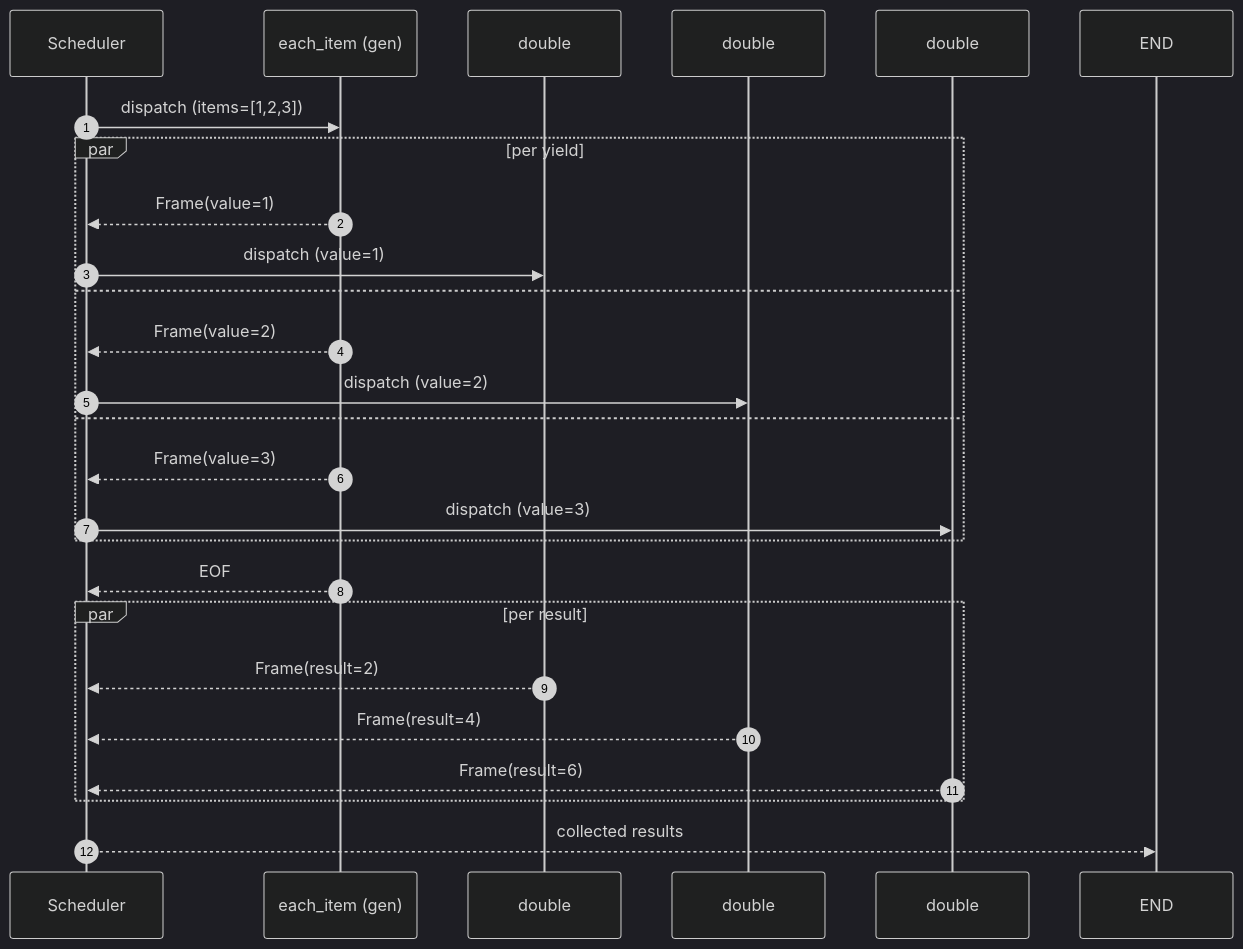
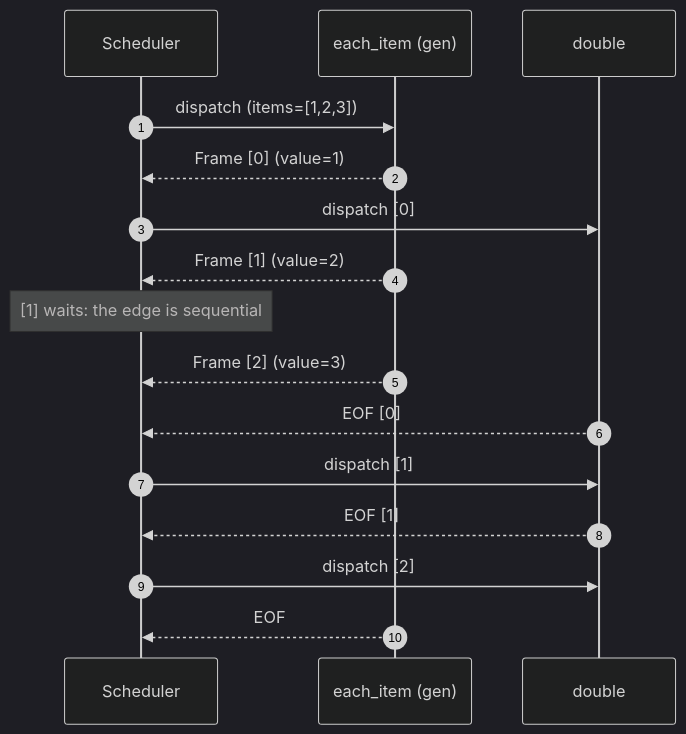
The diagram in docs/architecture/streaming.md (batman1m2001-cyber/Operonx), drawn with Mermaid (dark theme) before and after one commit. The commit also changed other lines of this file and 82 other files, not shown here.

````diff
--- a/docs/architecture/streaming.md
+++ b/docs/architecture/streaming.md
@@ -14,29 +27,19 @@
 ```mermaid
 sequenceDiagram
     autonumber
     participant S as Scheduler
     participant G as each_item (gen)
-    participant D1 as double #1
-    participant D2 as double #2
-    participant D3 as double #3
-    participant E as END
+    participant D as double
 
     S->>G: dispatch (items=[1,2,3])
-    par per yield
-        G-->>S: Frame(value=1)
-        S->>D1: dispatch (value=1)
-    and
-        G-->>S: Frame(value=2)
-        S->>D2: dispatch (value=2)
-    and
-        G-->>S: Frame(value=3)
-        S->>D3: dispatch (value=3)
-    end
+    G-->>S: Frame [0] (value=1)
+    S->>D: dispatch [0]
+    G-->>S: Frame [1] (value=2)
+    Note over S: [1] waits: the edge is sequential
+    G-->>S: Frame [2] (value=3)
+    D-->>S: EOF [0]
+    S->>D: dispatch [1]
+    D-->>S: EOF [1]
+    S->>D: dispatch [2]
     G-->>S: EOF
-    par per result
-        D1-->>S: Frame(result=2)
-        D2-->>S: Frame(result=4)
-        D3-->>S: Frame(result=6)
-    end
-    S-->>E: collected results
 ```
````
